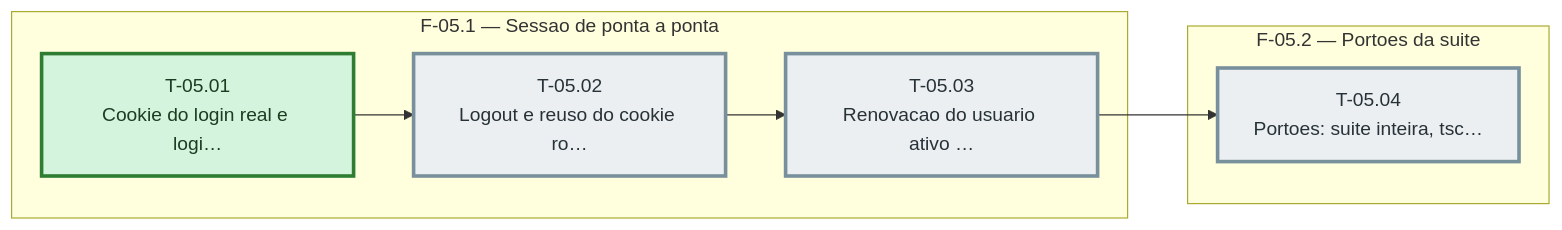
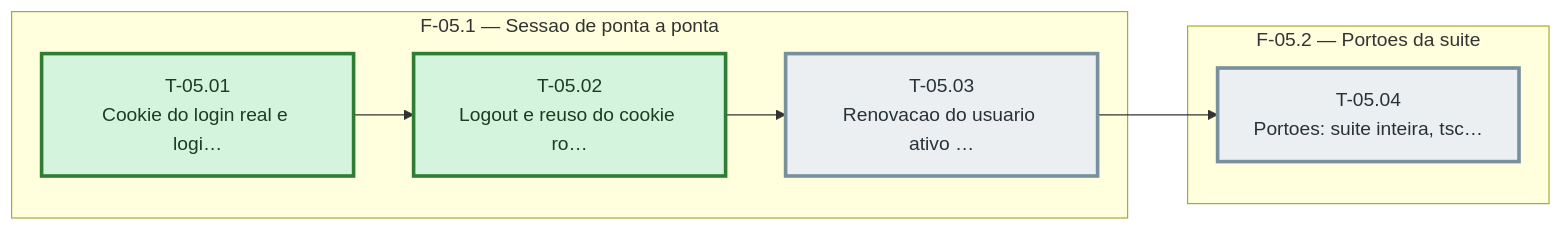
Before and after one commit to bittencourtthulio/converse-chatbot: the diagram in docs/sessao-e-acesso-endurecidos/sprint-05/fases.md, drawn with Mermaid. The commit also changed 3 other files, not shown here.

````diff
--- a/docs/sessao-e-acesso-endurecidos/sprint-05/fases.md
+++ b/docs/sessao-e-acesso-endurecidos/sprint-05/fases.md
@@ -31,27 +31,27 @@
 ```mermaid
 %% Grafo de tasks — sprint-05 — gerado pela sprintx a partir de tasks.md
 flowchart LR
   subgraph fase_05_1["F-05.1 — Sessao de ponta a ponta"]
     T_05_01["T-05.01<br/>Cookie do login real e logi…"]
     T_05_02["T-05.02<br/>Logout e reuso do cookie ro…"]
     T_05_03["T-05.03<br/>Renovacao do usuario ativo …"]
   end
   subgraph fase_05_2["F-05.2 — Portoes da suite"]
     T_05_04["T-05.04<br/>Portoes: suite inteira, tsc…"]
   end
   T_05_01 --> T_05_02
   T_05_02 --> T_05_03
   T_05_03 --> T_05_04
 
   classDef concluida fill:#d4f4dd,stroke:#2e7d32,color:#1b3d20
   classDef andamento fill:#fff3cd,stroke:#b8860b,color:#4a3800
   classDef bloqueada fill:#f8d7da,stroke:#c62828,color:#4a1d1f
   classDef pendente  fill:#eceff1,stroke:#78909c,color:#263238
   classDef critico   stroke-width:3px
 
   class T_05_01 concluida
-  class T_05_02 pendente
+  class T_05_02 concluida
   class T_05_03 pendente
   class T_05_04 pendente
   class T_05_01,T_05_02,T_05_03,T_05_04 critico
 ```
````
